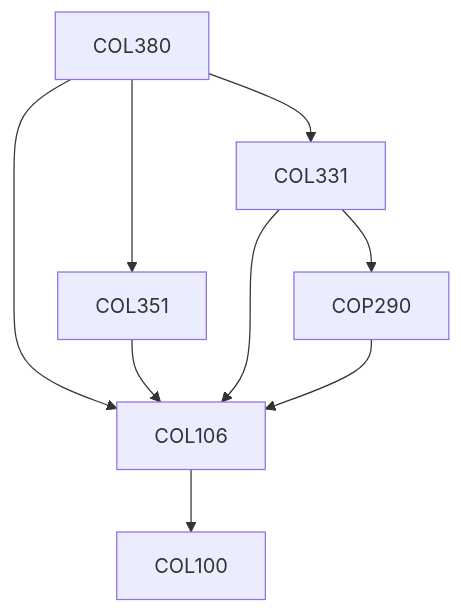
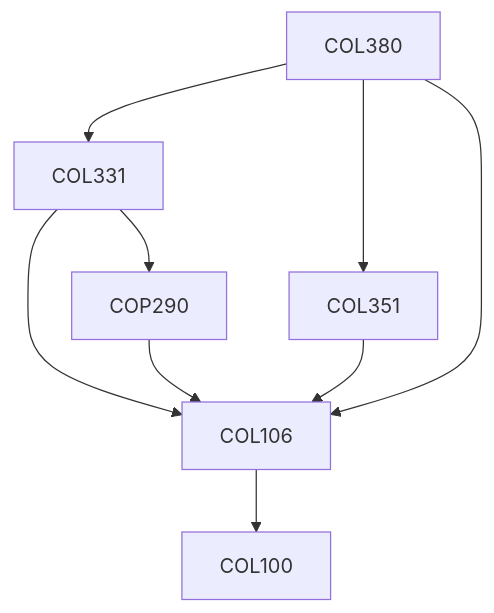
Before and after one commit to KeshavBansal0122/CoS_Website: the diagram in content/Computer Science and Engineering/COL380.md, drawn with Mermaid. The commit also changed other lines of this file and 392 other files, not shown here.

````diff
--- a/content/Computer Science and Engineering/COL380.md
+++ b/content/Computer Science and Engineering/COL380.md
@@ -15,15 +15,15 @@
 ```mermaid
 flowchart TD
 COL380-187[COL380]
-COL380-187 --> COL106-187[COL106]
-COL351-187 --> COL106-187[COL106]
+COL106-187 --> COL100-187[COL100]
 COL380-187 --> COL351-187[COL351]
 COL331-187 --> COP290-187[COP290]
 COL331-187 --> COL106-187[COL106]
-COL106-187 --> COL100-187[COL100]
 COL380-187 --> COL331-187[COL331]
 COP290-187 --> COL106-187[COL106]
+COL351-187 --> COL106-187[COL106]
+COL380-187 --> COL106-187[COL106]
 
 classDef empty height:17px, fill:transparent, stroke:transparent;
 classDef trueEmpty height:0px, width:0px;
 ```
````
